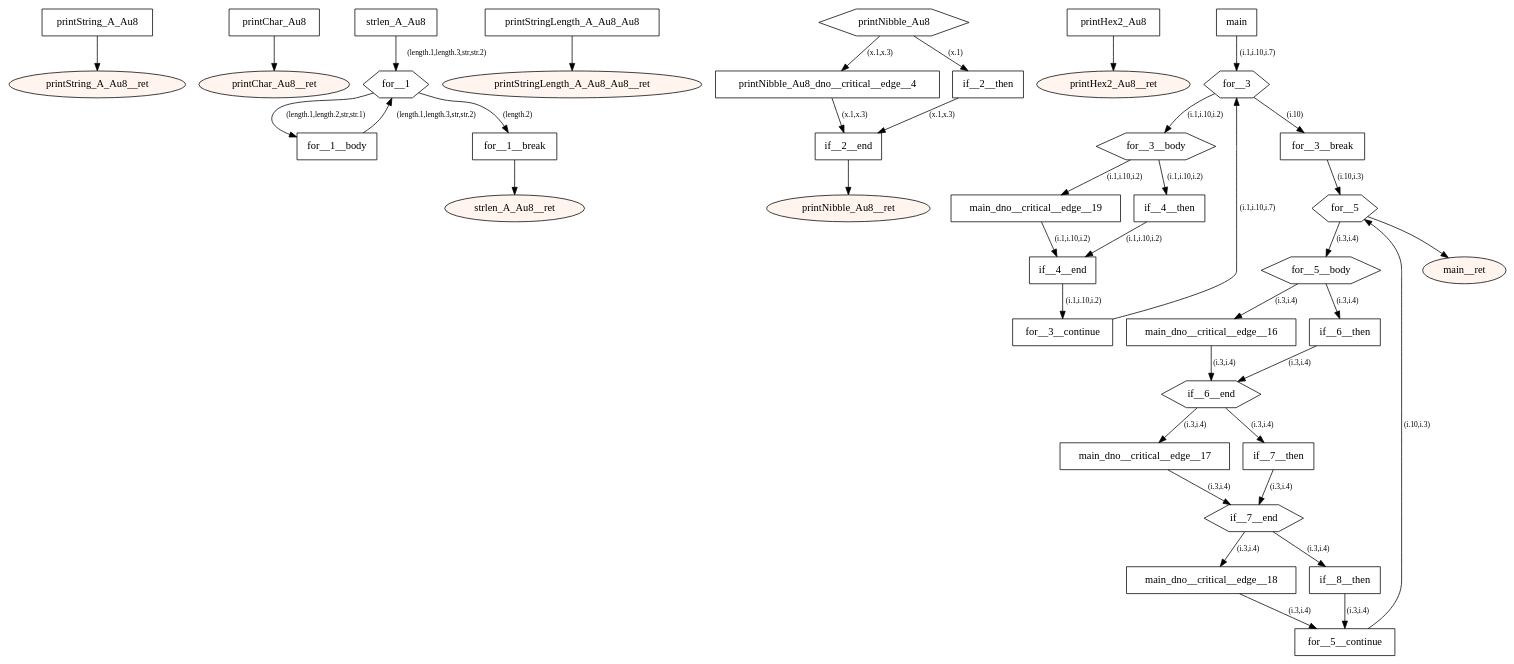
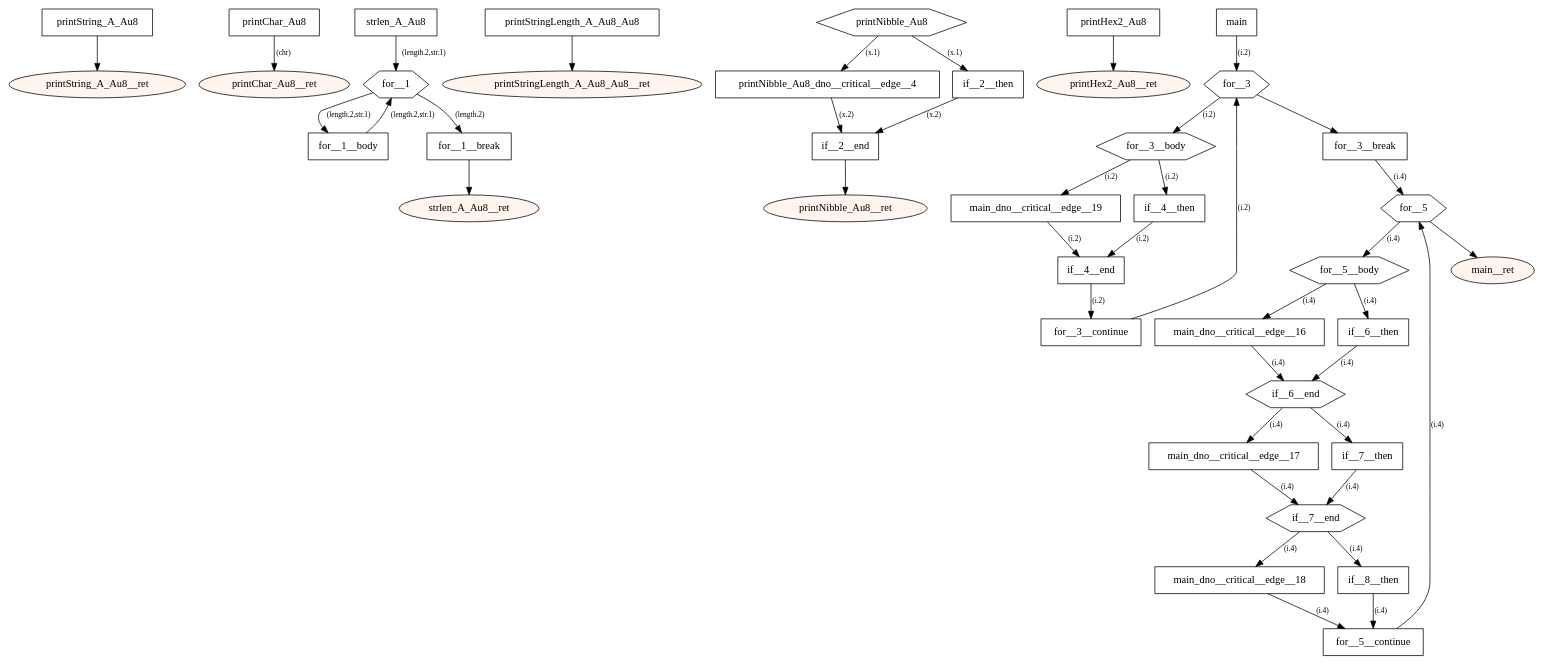
The diagram in src/main/resources-test/compiler/windows/print-ascii-listing.dot (tmssngr/tinyC), drawn with Graphviz before and after one commit. The commit also changed 159 other files, not shown here.

```diff
--- a/src/main/resources-test/compiler/windows/print-ascii-listing.dot
+++ b/src/main/resources-test/compiler/windows/print-ascii-listing.dot
@@ -1,94 +1,94 @@
 digraph program {
 	edge[fontsize="10pt"];
 	subgraph fn_printString_A_Au8 {
 		BasicBlock_0_printString_A_Au8 [label="printString_A_Au8",shape=box];
 		BasicBlock_0_printString_A_Au8 -> BasicBlock_0_printString_A_Au8__ret;
 		BasicBlock_0_printString_A_Au8__ret [label="printString_A_Au8__ret",shape=oval,style=filled,fillcolor="#fff5ee"];
 	}
 	subgraph fn_printChar_Au8 {
 		BasicBlock_1_printChar_Au8 [label="printChar_Au8",shape=box];
-		BasicBlock_1_printChar_Au8 -> BasicBlock_1_printChar_Au8__ret;
+		BasicBlock_1_printChar_Au8 -> BasicBlock_1_printChar_Au8__ret [label="(chr)"];
 		BasicBlock_1_printChar_Au8__ret [label="printChar_Au8__ret",shape=oval,style=filled,fillcolor="#fff5ee"];
 	}
 	subgraph fn_strlen_A_Au8 {
 		BasicBlock_2_strlen_A_Au8 [label="strlen_A_Au8",shape=box];
-		BasicBlock_2_strlen_A_Au8 -> BasicBlock_2_for__1 [label="(length.1,length.3,str,str.2)"];
+		BasicBlock_2_strlen_A_Au8 -> BasicBlock_2_for__1 [label="(length.2,str.1)"];
 		BasicBlock_2_for__1__body [label="for__1__body",shape=box];
-		BasicBlock_2_for__1__body -> BasicBlock_2_for__1 [label="(length.1,length.3,str,str.2)"];
+		BasicBlock_2_for__1__body -> BasicBlock_2_for__1 [label="(length.2,str.1)"];
 		BasicBlock_2_for__1 [label="for__1",shape=hexagon];
 		BasicBlock_2_for__1 -> BasicBlock_2_for__1__break [label="(length.2)"];
-		BasicBlock_2_for__1 -> BasicBlock_2_for__1__body [label="(length.1,length.2,str,str.1)"];
+		BasicBlock_2_for__1 -> BasicBlock_2_for__1__body [label="(length.2,str.1)"];
 		BasicBlock_2_for__1__break [label="for__1__break",shape=box];
 		BasicBlock_2_for__1__break -> BasicBlock_2_strlen_A_Au8__ret;
 		BasicBlock_2_strlen_A_Au8__ret [label="strlen_A_Au8__ret",shape=oval,style=filled,fillcolor="#fff5ee"];
 	}
 	subgraph fn_printStringLength_A_Au8_Au8 {
 		BasicBlock_3_printStringLength_A_Au8_Au8 [label="printStringLength_A_Au8_Au8",shape=box];
 		BasicBlock_3_printStringLength_A_Au8_Au8 -> BasicBlock_3_printStringLength_A_Au8_Au8__ret;
 		BasicBlock_3_printStringLength_A_Au8_Au8__ret [label="printStringLength_A_Au8_Au8__ret",shape=oval,style=filled,fillcolor="#fff5ee"];
 	}
 	subgraph fn_printNibble_Au8 {
 		BasicBlock_4_printNibble_Au8 [label="printNibble_Au8",shape=hexagon];
-		BasicBlock_4_printNibble_Au8 -> BasicBlock_4_printNibble_Au8_dno__critical__edge__4 [label="(x.1,x.3)"];
+		BasicBlock_4_printNibble_Au8 -> BasicBlock_4_printNibble_Au8_dno__critical__edge__4 [label="(x.1)"];
 		BasicBlock_4_printNibble_Au8 -> BasicBlock_4_if__2__then [label="(x.1)"];
 		BasicBlock_4_printNibble_Au8_dno__critical__edge__4 [label="printNibble_Au8_dno__critical__edge__4",shape=box];
-		BasicBlock_4_printNibble_Au8_dno__critical__edge__4 -> BasicBlock_4_if__2__end [label="(x.1,x.3)"];
+		BasicBlock_4_printNibble_Au8_dno__critical__edge__4 -> BasicBlock_4_if__2__end [label="(x.2)"];
 		BasicBlock_4_if__2__then [label="if__2__then",shape=box];
-		BasicBlock_4_if__2__then -> BasicBlock_4_if__2__end [label="(x.1,x.3)"];
+		BasicBlock_4_if__2__then -> BasicBlock_4_if__2__end [label="(x.2)"];
 		BasicBlock_4_if__2__end [label="if__2__end",shape=box];
 		BasicBlock_4_if__2__end -> BasicBlock_4_printNibble_Au8__ret;
 		BasicBlock_4_printNibble_Au8__ret [label="printNibble_Au8__ret",shape=oval,style=filled,fillcolor="#fff5ee"];
 	}
 	subgraph fn_printHex2_Au8 {
 		BasicBlock_5_printHex2_Au8 [label="printHex2_Au8",shape=box];
 		BasicBlock_5_printHex2_Au8 -> BasicBlock_5_printHex2_Au8__ret;
 		BasicBlock_5_printHex2_Au8__ret [label="printHex2_Au8__ret",shape=oval,style=filled,fillcolor="#fff5ee"];
 	}
 	subgraph fn_main {
 		BasicBlock_6_main [label="main",shape=box];
-		BasicBlock_6_main -> BasicBlock_6_for__3 [label="(i.1,i.10,i.7)"];
+		BasicBlock_6_main -> BasicBlock_6_for__3 [label="(i.2)"];
 		BasicBlock_6_for__3__body [label="for__3__body",shape=hexagon];
-		BasicBlock_6_for__3__body -> BasicBlock_6_main_dno__critical__edge__19 [label="(i.1,i.10,i.2)"];
-		BasicBlock_6_for__3__body -> BasicBlock_6_if__4__then [label="(i.1,i.10,i.2)"];
+		BasicBlock_6_for__3__body -> BasicBlock_6_main_dno__critical__edge__19 [label="(i.2)"];
+		BasicBlock_6_for__3__body -> BasicBlock_6_if__4__then [label="(i.2)"];
 		BasicBlock_6_main_dno__critical__edge__19 [label="main_dno__critical__edge__19",shape=box];
-		BasicBlock_6_main_dno__critical__edge__19 -> BasicBlock_6_if__4__end [label="(i.1,i.10,i.2)"];
+		BasicBlock_6_main_dno__critical__edge__19 -> BasicBlock_6_if__4__end [label="(i.2)"];
 		BasicBlock_6_if__4__then [label="if__4__then",shape=box];
-		BasicBlock_6_if__4__then -> BasicBlock_6_if__4__end [label="(i.1,i.10,i.2)"];
+		BasicBlock_6_if__4__then -> BasicBlock_6_if__4__end [label="(i.2)"];
 		BasicBlock_6_if__4__end [label="if__4__end",shape=box];
-		BasicBlock_6_if__4__end -> BasicBlock_6_for__3__continue [label="(i.1,i.10,i.2)"];
+		BasicBlock_6_if__4__end -> BasicBlock_6_for__3__continue [label="(i.2)"];
 		BasicBlock_6_for__3__continue [label="for__3__continue",shape=box];
-		BasicBlock_6_for__3__continue -> BasicBlock_6_for__3 [label="(i.1,i.10,i.7)"];
+		BasicBlock_6_for__3__continue -> BasicBlock_6_for__3 [label="(i.2)"];
 		BasicBlock_6_for__3 [label="for__3",shape=hexagon];
-		BasicBlock_6_for__3 -> BasicBlock_6_for__3__break [label="(i.10)"];
-		BasicBlock_6_for__3 -> BasicBlock_6_for__3__body [label="(i.1,i.10,i.2)"];
+		BasicBlock_6_for__3 -> BasicBlock_6_for__3__break;
+		BasicBlock_6_for__3 -> BasicBlock_6_for__3__body [label="(i.2)"];
 		BasicBlock_6_for__3__break [label="for__3__break",shape=box];
-		BasicBlock_6_for__3__break -> BasicBlock_6_for__5 [label="(i.10,i.3)"];
+		BasicBlock_6_for__3__break -> BasicBlock_6_for__5 [label="(i.4)"];
 		BasicBlock_6_for__5__body [label="for__5__body",shape=hexagon];
-		BasicBlock_6_for__5__body -> BasicBlock_6_main_dno__critical__edge__16 [label="(i.3,i.4)"];
-		BasicBlock_6_for__5__body -> BasicBlock_6_if__6__then [label="(i.3,i.4)"];
+		BasicBlock_6_for__5__body -> BasicBlock_6_main_dno__critical__edge__16 [label="(i.4)"];
+		BasicBlock_6_for__5__body -> BasicBlock_6_if__6__then [label="(i.4)"];
 		BasicBlock_6_main_dno__critical__edge__16 [label="main_dno__critical__edge__16",shape=box];
-		BasicBlock_6_main_dno__critical__edge__16 -> BasicBlock_6_if__6__end [label="(i.3,i.4)"];
+		BasicBlock_6_main_dno__critical__edge__16 -> BasicBlock_6_if__6__end [label="(i.4)"];
 		BasicBlock_6_if__6__then [label="if__6__then",shape=box];
-		BasicBlock_6_if__6__then -> BasicBlock_6_if__6__end [label="(i.3,i.4)"];
+		BasicBlock_6_if__6__then -> BasicBlock_6_if__6__end [label="(i.4)"];
 		BasicBlock_6_if__6__end [label="if__6__end",shape=hexagon];
-		BasicBlock_6_if__6__end -> BasicBlock_6_main_dno__critical__edge__17 [label="(i.3,i.4)"];
-		BasicBlock_6_if__6__end -> BasicBlock_6_if__7__then [label="(i.3,i.4)"];
+		BasicBlock_6_if__6__end -> BasicBlock_6_main_dno__critical__edge__17 [label="(i.4)"];
+		BasicBlock_6_if__6__end -> BasicBlock_6_if__7__then [label="(i.4)"];
 		BasicBlock_6_main_dno__critical__edge__17 [label="main_dno__critical__edge__17",shape=box];
-		BasicBlock_6_main_dno__critical__edge__17 -> BasicBlock_6_if__7__end [label="(i.3,i.4)"];
+		BasicBlock_6_main_dno__critical__edge__17 -> BasicBlock_6_if__7__end [label="(i.4)"];
 		BasicBlock_6_if__7__then [label="if__7__then",shape=box];
-		BasicBlock_6_if__7__then -> BasicBlock_6_if__7__end [label="(i.3,i.4)"];
+		BasicBlock_6_if__7__then -> BasicBlock_6_if__7__end [label="(i.4)"];
 		BasicBlock_6_if__7__end [label="if__7__end",shape=hexagon];
-		BasicBlock_6_if__7__end -> BasicBlock_6_main_dno__critical__edge__18 [label="(i.3,i.4)"];
-		BasicBlock_6_if__7__end -> BasicBlock_6_if__8__then [label="(i.3,i.4)"];
+		BasicBlock_6_if__7__end -> BasicBlock_6_main_dno__critical__edge__18 [label="(i.4)"];
+		BasicBlock_6_if__7__end -> BasicBlock_6_if__8__then [label="(i.4)"];
 		BasicBlock_6_main_dno__critical__edge__18 [label="main_dno__critical__edge__18",shape=box];
-		BasicBlock_6_main_dno__critical__edge__18 -> BasicBlock_6_for__5__continue [label="(i.3,i.4)"];
+		BasicBlock_6_main_dno__critical__edge__18 -> BasicBlock_6_for__5__continue [label="(i.4)"];
 		BasicBlock_6_if__8__then [label="if__8__then",shape=box];
-		BasicBlock_6_if__8__then -> BasicBlock_6_for__5__continue [label="(i.3,i.4)"];
+		BasicBlock_6_if__8__then -> BasicBlock_6_for__5__continue [label="(i.4)"];
 		BasicBlock_6_for__5__continue [label="for__5__continue",shape=box];
-		BasicBlock_6_for__5__continue -> BasicBlock_6_for__5 [label="(i.10,i.3)"];
+		BasicBlock_6_for__5__continue -> BasicBlock_6_for__5 [label="(i.4)"];
 		BasicBlock_6_for__5 [label="for__5",shape=hexagon];
 		BasicBlock_6_for__5 -> BasicBlock_6_main__ret;
-		BasicBlock_6_for__5 -> BasicBlock_6_for__5__body [label="(i.3,i.4)"];
+		BasicBlock_6_for__5 -> BasicBlock_6_for__5__body [label="(i.4)"];
 		BasicBlock_6_main__ret [label="main__ret",shape=oval,style=filled,fillcolor="#fff5ee"];
 	}
 }
```
